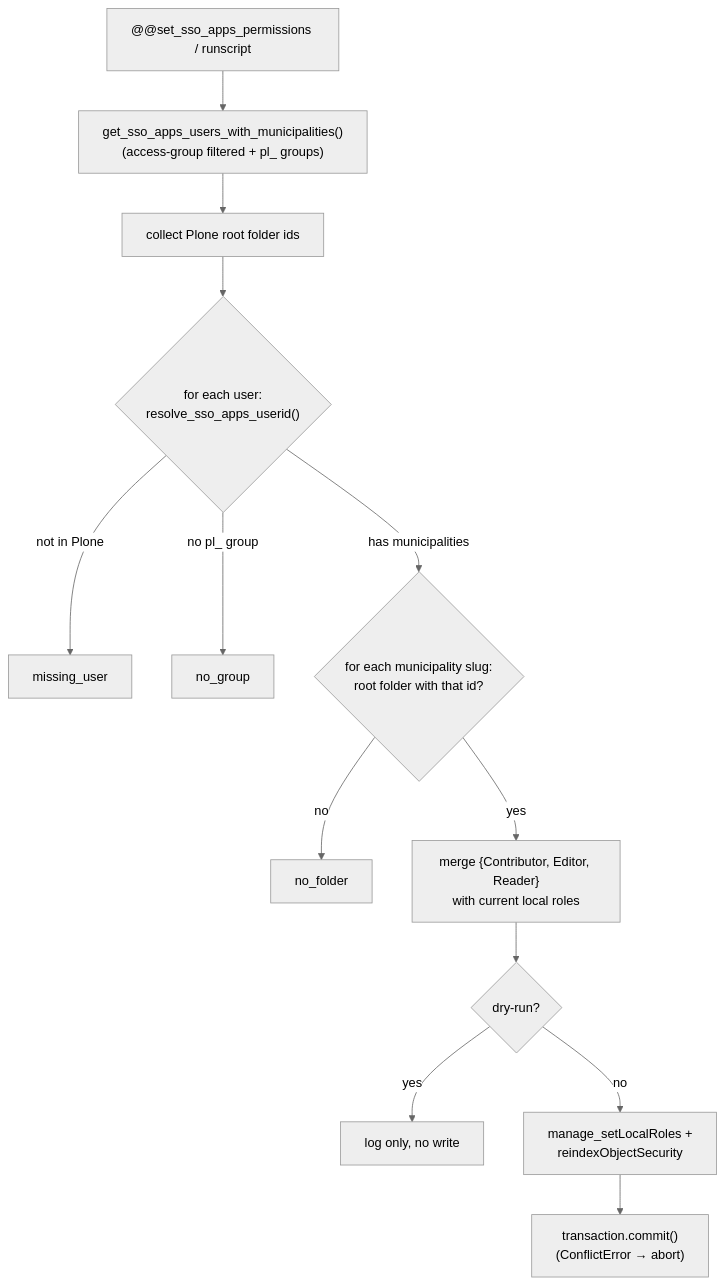
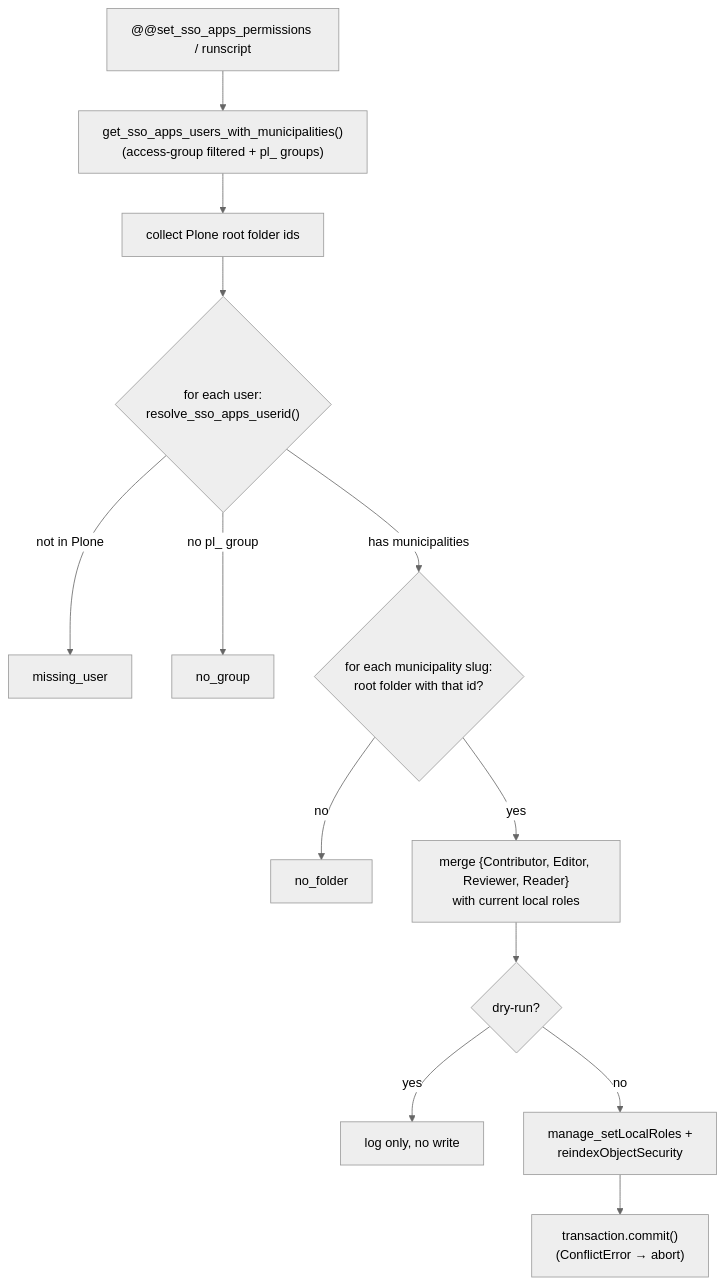
One commit to IMIO/pas.plugins.kimug changed the seventh of 8 diagrams in docs/kimug.md. Above: the diagram before and after it, drawn with Mermaid (neutral theme). The commit also changed other lines of this file and 2 other files, not shown here.

````diff
--- a/docs/kimug.md
+++ b/docs/kimug.md
@@ -318,15 +319,15 @@
 ```mermaid
 flowchart TD
     A["@@set_sso_apps_permissions / runscript"] --> B["get_sso_apps_users_with_municipalities()<br/>(access-group filtered + pl_ groups)"]
     B --> C["collect Plone root folder ids"]
     C --> D{"for each user:<br/>resolve_sso_apps_userid()"}
     D -- not in Plone --> M["missing_user"]
     D -- no pl_ group --> N["no_group"]
     D -- has municipalities --> E{"for each municipality slug:<br/>root folder with that id?"}
     E -- no --> F["no_folder"]
-    E -- yes --> G["merge {Contributor, Editor, Reader}<br/>with current local roles"]
+    E -- yes --> G["merge {Contributor, Editor, Reviewer, Reader}<br/>with current local roles"]
     G --> H{"dry-run?"}
     H -- yes --> I["log only, no write"]
     H -- no --> J["manage_setLocalRoles +<br/>reindexObjectSecurity"]
     J --> K["transaction.commit()<br/>(ConflictError → abort)"]
 ```
````
